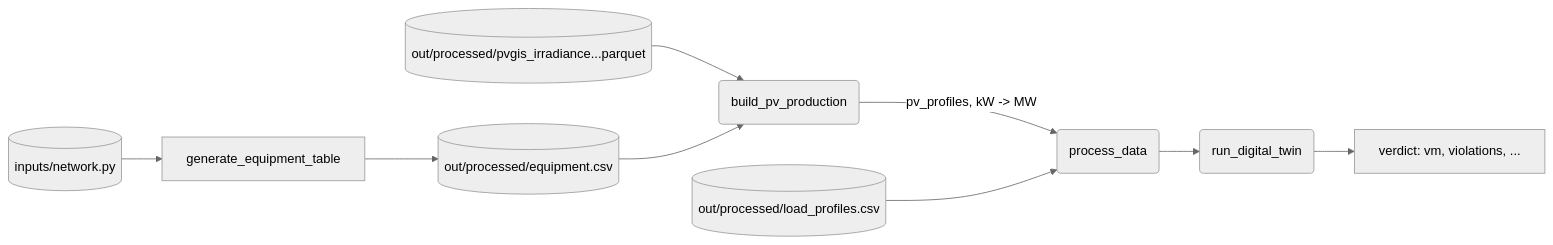
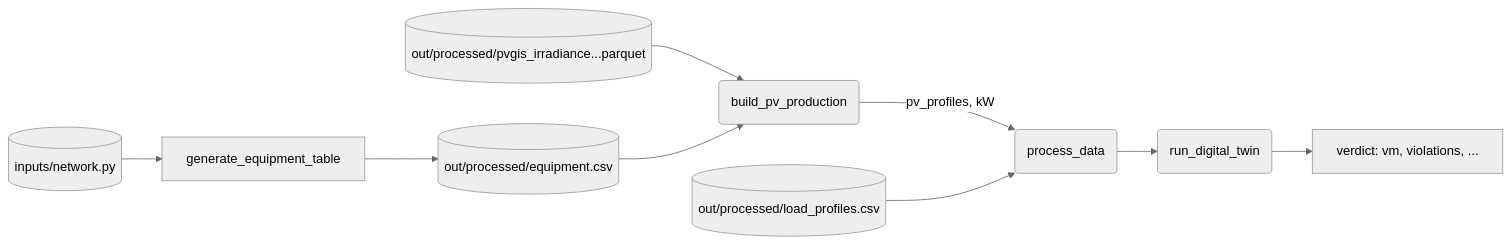
Before and after one commit to MAS4TE/digital_twin: the diagram in docs/pv_modelling.md, drawn with Mermaid (neutral theme). The commit also changed other lines of this file and 25 other files, not shown here.

````diff
--- a/docs/pv_modelling.md
+++ b/docs/pv_modelling.md
@@ -16,11 +16,11 @@
 ```{mermaid}
 flowchart LR
     N[(inputs/network.py)] --> M[generate_equipment_table]
     M --> C[(out/processed/equipment.csv)]
     A[(out/processed/pvgis_irradiance...parquet)] --> P(build_pv_production)
     C --> P
-    P -->|pv_profiles, kW -> MW| D(process_data)
+    P -->|pv_profiles, kW| D(process_data)
     D --> T(run_digital_twin)
     L[(out/processed/load_profiles.csv)] --> D
     T --> R[verdict: vm, violations, ...]
 ```
````
